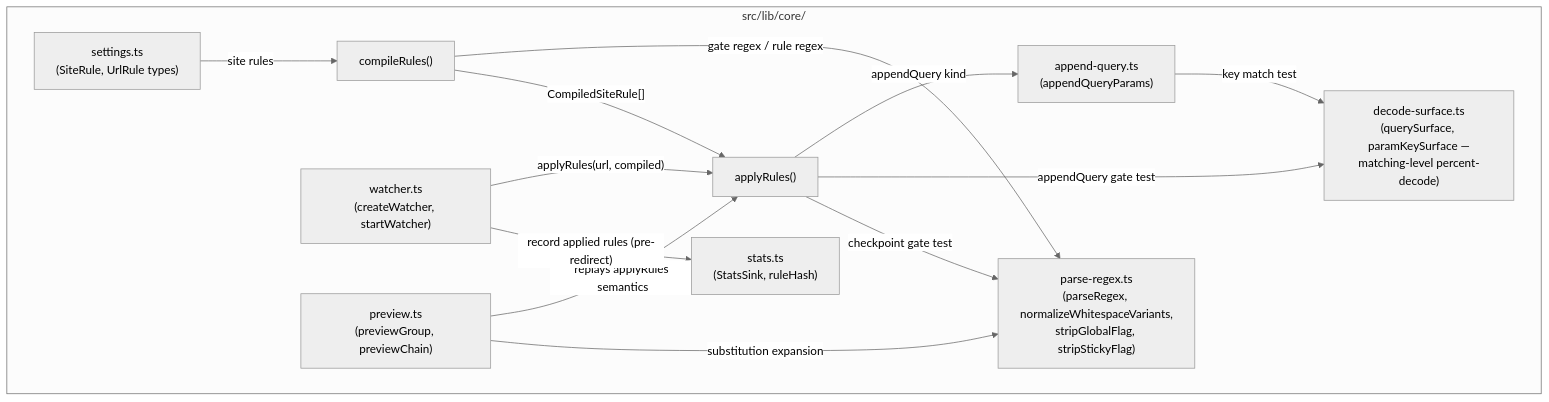
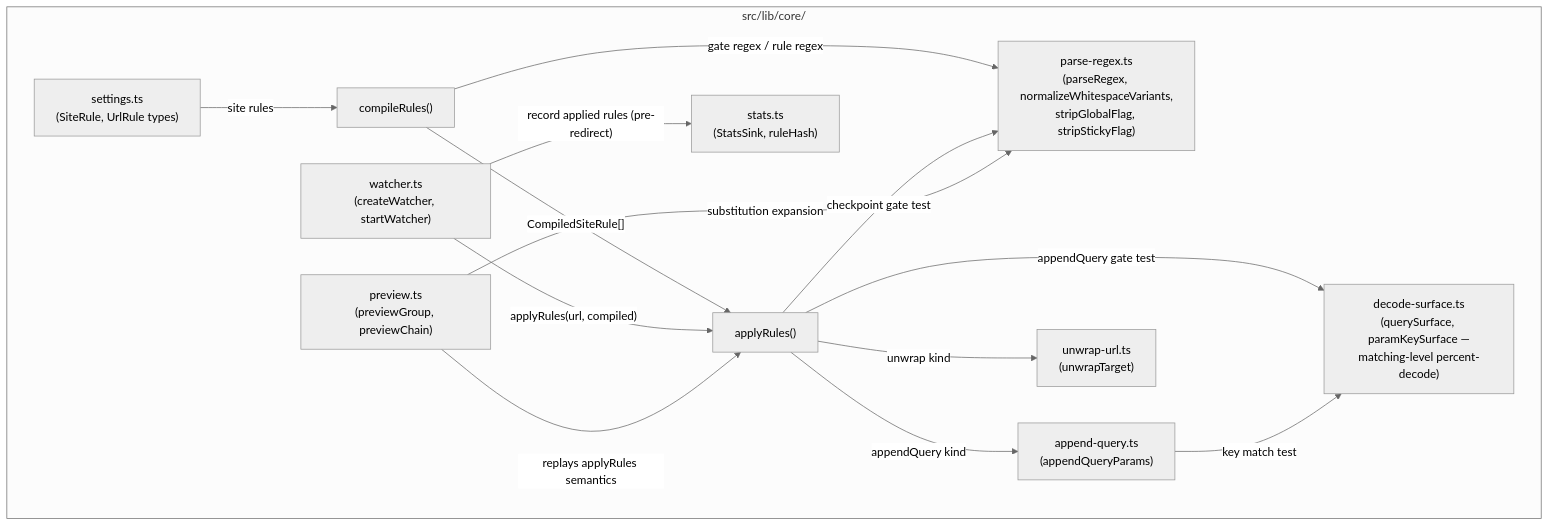
Before and after one commit to JanGaida/redirect-rules: the first of 5 diagrams in docs/architecture/redirect-engine.md, drawn with Mermaid (neutral theme). The commit also changed other lines of this file and 40 other files, not shown here.

First line of the commit message:
feat(rules): add unwrap kind and twelve first-boot use cases

````diff
--- a/docs/architecture/redirect-engine.md
+++ b/docs/architecture/redirect-engine.md
@@ -11,26 +11,28 @@
 ```mermaid
 flowchart TB
     subgraph Core["src/lib/core/"]
         Settings["settings.ts<br/>(SiteRule, UrlRule types)"]
         Parse["parse-regex.ts<br/>(parseRegex, normalizeWhitespaceVariants,<br/>stripGlobalFlag, stripStickyFlag)"]
         Decode["decode-surface.ts<br/>(querySurface, paramKeySurface —<br/>matching-level percent-decode)"]
         Compile["compileRules()"]
         Apply["applyRules()"]
         Append["append-query.ts<br/>(appendQueryParams)"]
+        Unwrap["unwrap-url.ts<br/>(unwrapTarget)"]
         Watcher["watcher.ts<br/>(createWatcher, startWatcher)"]
         Preview["preview.ts<br/>(previewGroup, previewChain)"]
         Stats["stats.ts<br/>(StatsSink, ruleHash)"]
     end
 
     Settings -->|"site rules"| Compile
     Compile -->|"gate regex / rule regex"| Parse
     Compile -->|"CompiledSiteRule[]"| Apply
     Apply -->|"appendQuery kind"| Append
+    Apply -->|"unwrap kind"| Unwrap
     Apply -->|"appendQuery gate test"| Decode
     Apply -->|"checkpoint gate test"| Parse
     Append -->|"key match test"| Decode
     Watcher -->|"applyRules(url, compiled)"| Apply
     Preview -->|"replays applyRules semantics"| Apply
     Preview -->|"substitution expansion"| Parse
     Watcher -->|"record applied rules (pre-redirect)"| Stats
 ```
````
